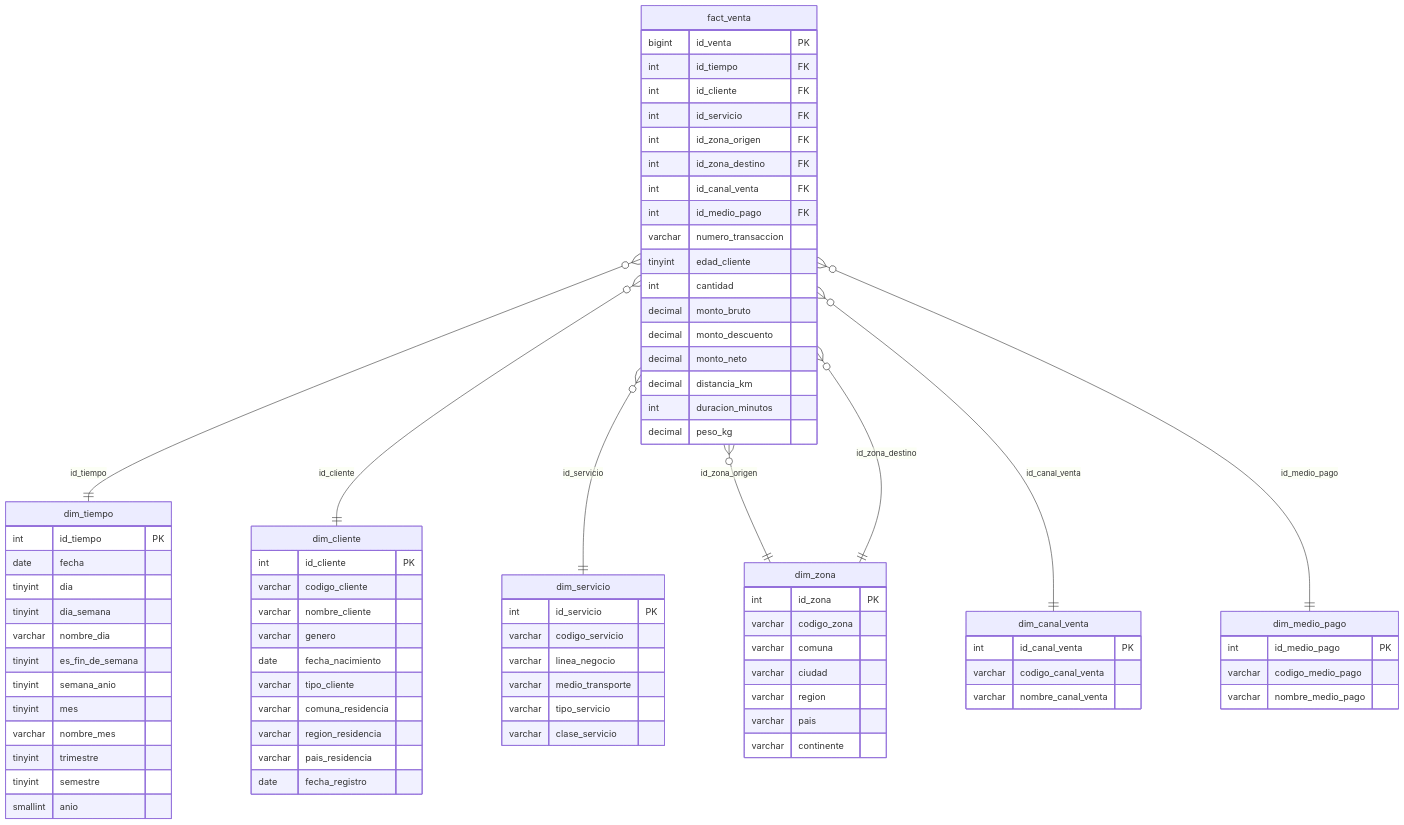
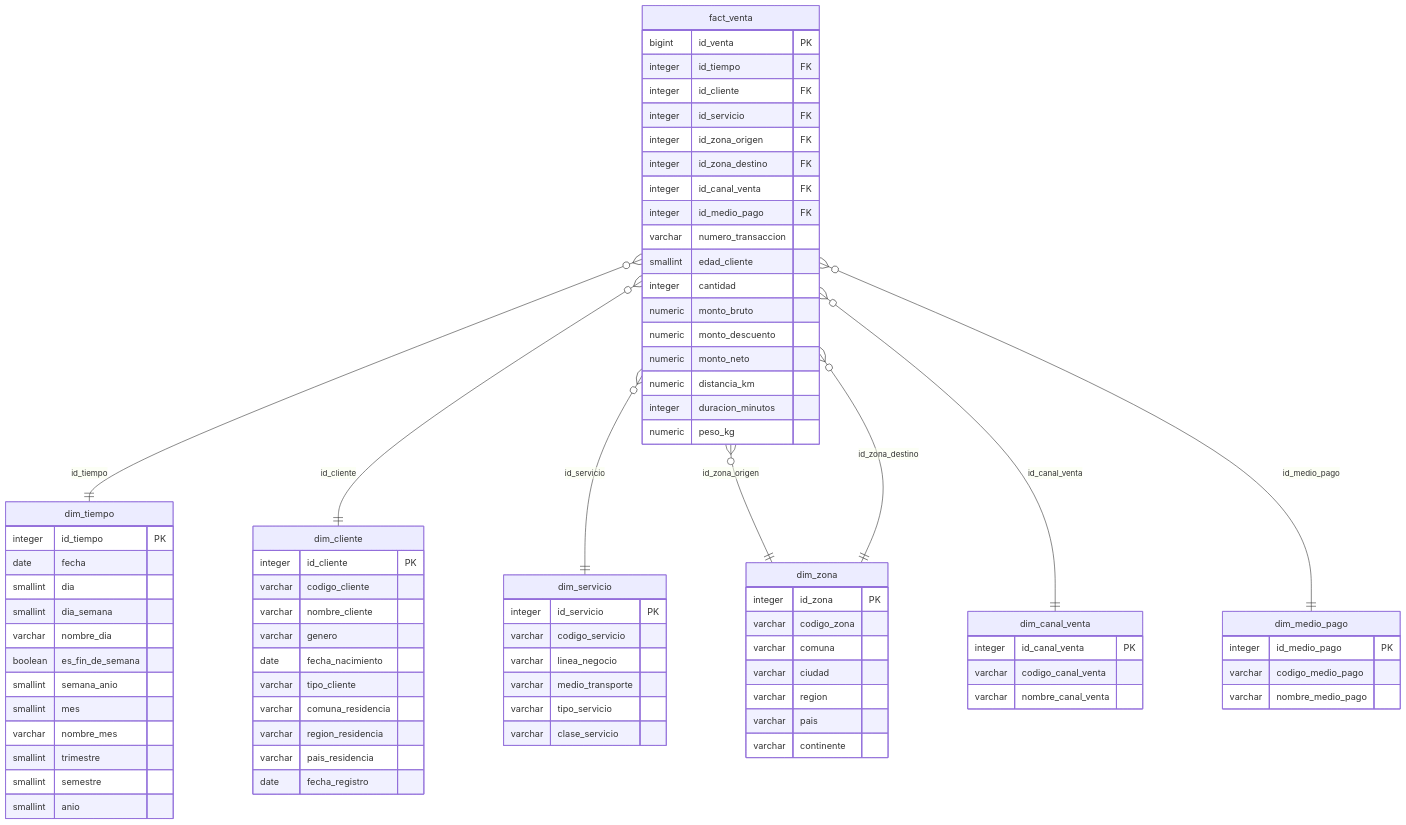
The diagram in docs/modelo_dimensional.md (hirojika/datawarehouse-transportes-rapiditos), drawn with Mermaid before and after one commit. The commit also changed other lines of this file and 52 other files, not shown here.

```diff
--- a/docs/modelo_dimensional.md
+++ b/docs/modelo_dimensional.md
@@ -165,39 +190,39 @@
 
     fact_venta {
         bigint id_venta PK
-        int id_tiempo FK
-        int id_cliente FK
-        int id_servicio FK
-        int id_zona_origen FK
-        int id_zona_destino FK
-        int id_canal_venta FK
-        int id_medio_pago FK
+        integer id_tiempo FK
+        integer id_cliente FK
+        integer id_servicio FK
+        integer id_zona_origen FK
+        integer id_zona_destino FK
+        integer id_canal_venta FK
+        integer id_medio_pago FK
         varchar numero_transaccion
-        tinyint edad_cliente
-        int cantidad
-        decimal monto_bruto
-        decimal monto_descuento
-        decimal monto_neto
-        decimal distancia_km
-        int duracion_minutos
-        decimal peso_kg
+        smallint edad_cliente
+        integer cantidad
+        numeric monto_bruto
+        numeric monto_descuento
+        numeric monto_neto
+        numeric distancia_km
+        integer duracion_minutos
+        numeric peso_kg
     }
     dim_tiempo {
-        int id_tiempo PK
+        integer id_tiempo PK
         date fecha
-        tinyint dia
-        tinyint dia_semana
+        smallint dia
+        smallint dia_semana
         varchar nombre_dia
-        tinyint es_fin_de_semana
-        tinyint semana_anio
-        tinyint mes
+        boolean es_fin_de_semana
+        smallint semana_anio
+        smallint mes
         varchar nombre_mes
-        tinyint trimestre
-        tinyint semestre
+        smallint trimestre
+        smallint semestre
         smallint anio
     }
     dim_cliente {
-        int id_cliente PK
+        integer id_cliente PK
         varchar codigo_cliente
         varchar nombre_cliente
         varchar genero
@@ -209,7 +234,7 @@
         date fecha_registro
     }
     dim_servicio {
-        int id_servicio PK
+        integer id_servicio PK
         varchar codigo_servicio
         varchar linea_negocio
         varchar medio_transporte
@@ -217,7 +242,7 @@
         varchar clase_servicio
     }
     dim_zona {
-        int id_zona PK
+        integer id_zona PK
         varchar codigo_zona
         varchar comuna
         varchar ciudad
@@ -226,12 +251,12 @@
         varchar continente
     }
     dim_canal_venta {
-        int id_canal_venta PK
+        integer id_canal_venta PK
         varchar codigo_canal_venta
         varchar nombre_canal_venta
     }
     dim_medio_pago {
-        int id_medio_pago PK
+        integer id_medio_pago PK
         varchar codigo_medio_pago
         varchar nombre_medio_pago
     }
```
